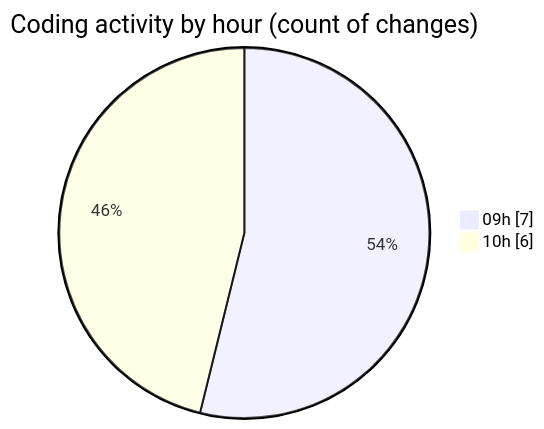
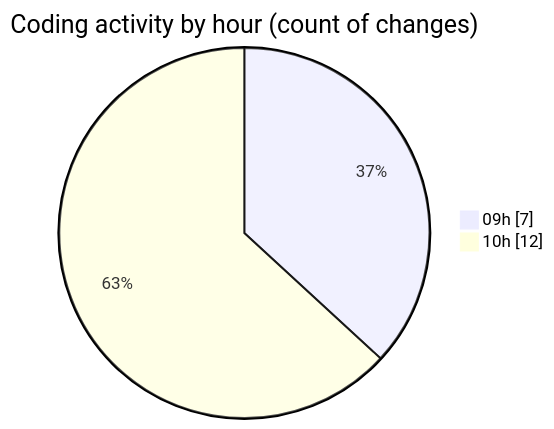
The second of 2 diagrams in 2025-11-12/cda/README.md (momahboobian/code-tracking), drawn with Mermaid before and after one commit. The commit also changed other lines of this file and 1 other file, not shown here.

````diff
--- a/2025-11-12/cda/README.md
+++ b/2025-11-12/cda/README.md
@@ -38,6 +38,6 @@
 ```mermaid
 pie showData
 title Coding activity by hour (count of changes)
 "09h" : 7
-"10h" : 6
+"10h" : 12
 ```
````
